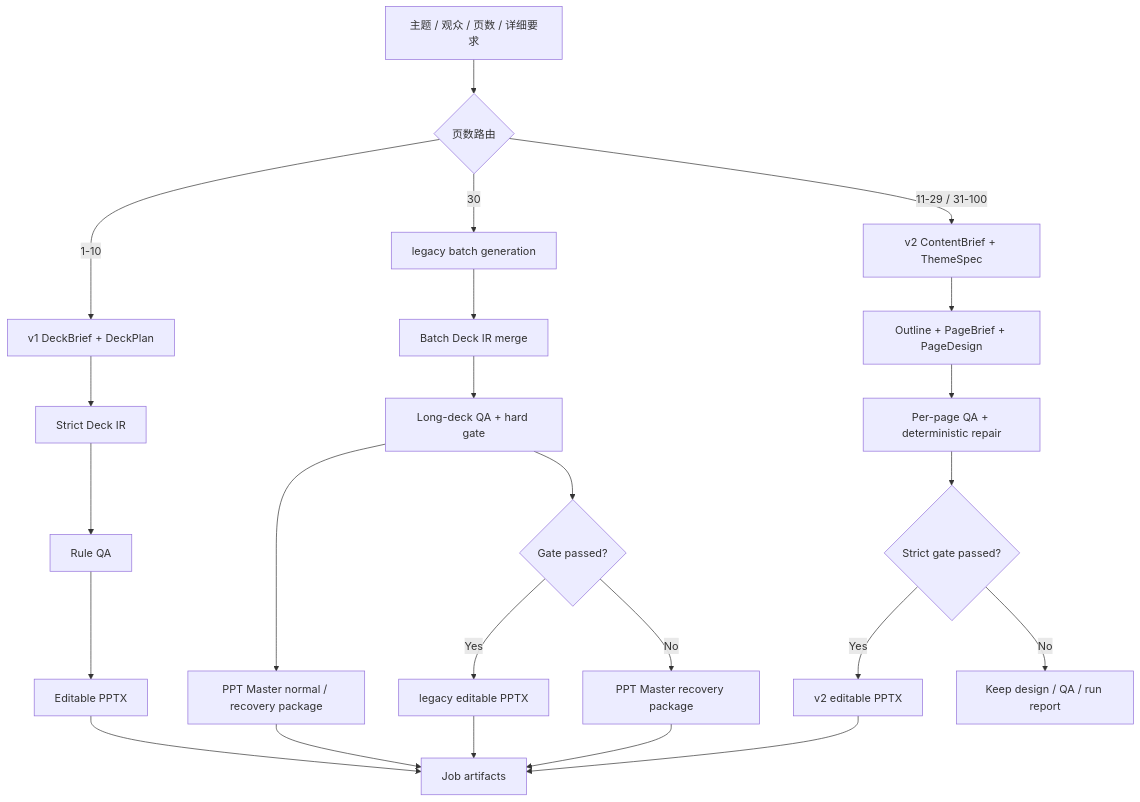
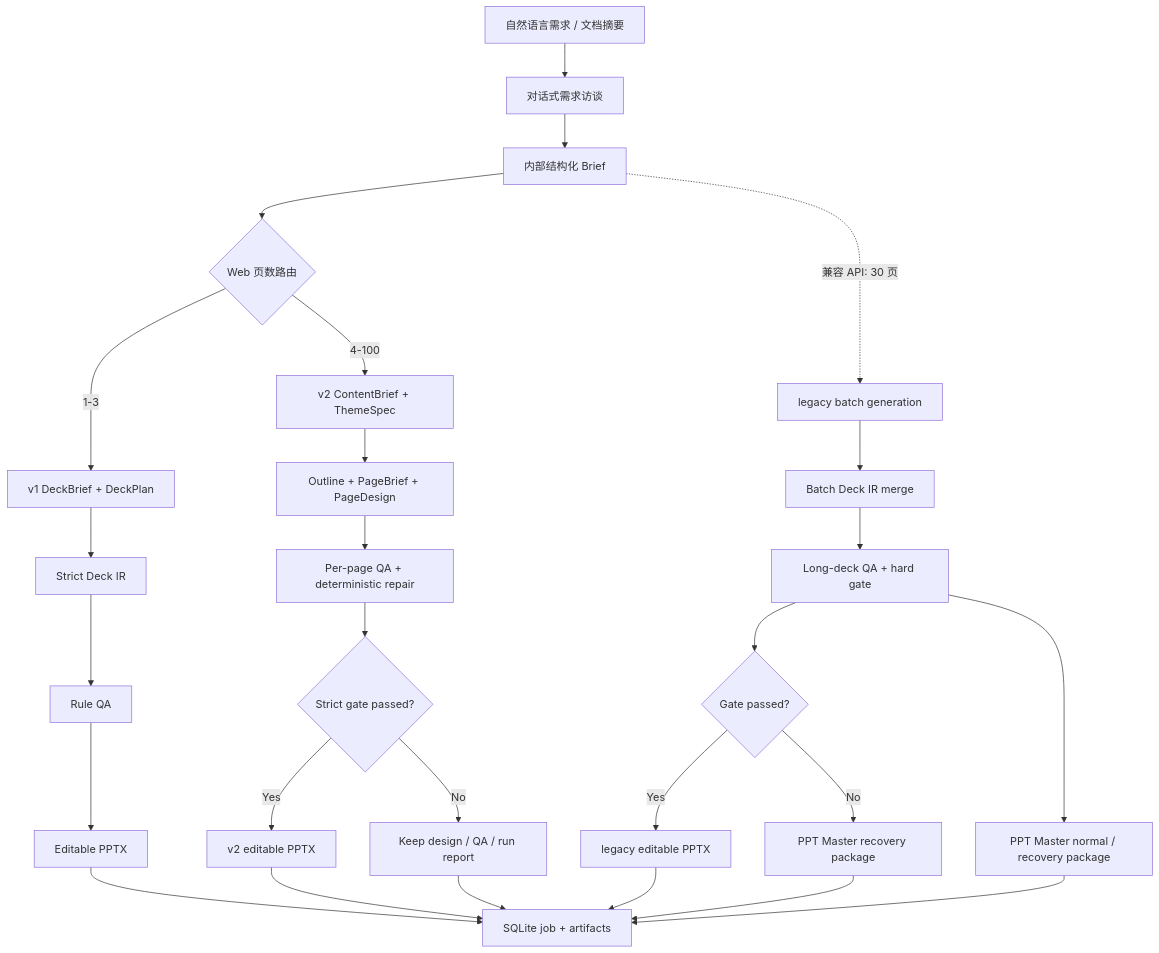
One commit to Liyilin66/ppt-agent changed the diagram in README.md. Above: the diagram before and after it, drawn with Mermaid. The commit also changed other lines of this file and 9 other files, not shown here.

```diff
--- a/README.md
+++ b/README.md
@@ -89,31 +95,34 @@
 ~~~mermaid
 flowchart TD
-    A["主题 / 观众 / 页数 / 详细要求"] --> B{"页数路由"}
-    B -->|"1-10"| C["v1 DeckBrief + DeckPlan"]
-    B -->|"30"| D["legacy batch generation"]
-    B -->|"11-29 / 31-100"| E["v2 ContentBrief + ThemeSpec"]
+    A["自然语言需求 / 文档摘要"] --> B["对话式需求访谈"]
+    B --> C["内部结构化 Brief"]
+    C --> D{"Web 页数路由"}
+    D -->|"1-3"| E["v1 DeckBrief + DeckPlan"]
+    D -->|"4-100"| F["v2 ContentBrief + ThemeSpec"]
+    C -.->|"兼容 API: 30 页"| G["legacy batch generation"]
 
-    C --> F["Strict Deck IR"]
-    D --> G["Batch Deck IR merge"]
-    E --> H["Outline + PageBrief + PageDesign"]
+    E --> H["Strict Deck IR"]
+    F --> I["Outline + PageBrief + PageDesign"]
+    G --> J["Batch Deck IR merge"]
 
-    F --> I["Rule QA"]
-    G --> J["Long-deck QA + hard gate"]
-    J --> T["PPT Master normal / recovery package"]
-    H --> K["Per-page QA + deterministic repair"]
+    H --> K["Rule QA"]
+    I --> L["Per-page QA + deterministic repair"]
+    J --> M["Long-deck QA + hard gate"]
+    M --> N["PPT Master normal / recovery package"]
 
-    I --> L["Editable PPTX"]
-    J --> M{"Gate passed?"}
-    K --> N{"Strict gate passed?"}
+    K --> O["Editable PPTX"]
+    L --> P{"Strict gate passed?"}
+    M --> Q{"Gate passed?"}
 
-    M -->|"Yes"| O["legacy editable PPTX"]
-    M -->|"No"| P["PPT Master recovery package"]
-    N -->|"Yes"| Q["v2 editable PPTX"]
-    N -->|"No"| R["Keep design / QA / run report"]
+    P -->|"Yes"| R["v2 editable PPTX"]
+    P -->|"No"| S["Keep design / QA / run report"]
+    Q -->|"Yes"| T["legacy editable PPTX"]
+    Q -->|"No"| U["PPT Master recovery package"]
 
-    L --> S["Job artifacts"]
-    O --> S
-    P --> S
-    Q --> S
-    T --> S
+    O --> V["SQLite job + artifacts"]
+    R --> V
+    S --> V
+    T --> V
+    U --> V
+    N --> V
 ~~~
```
